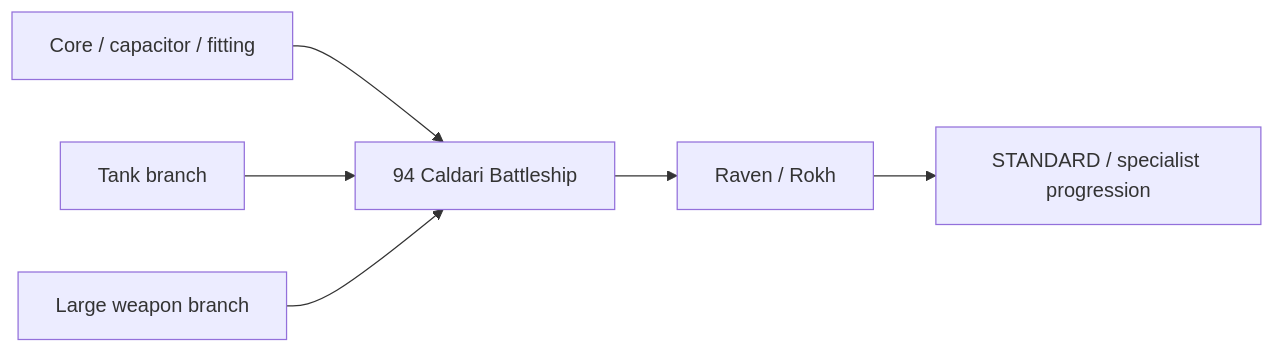
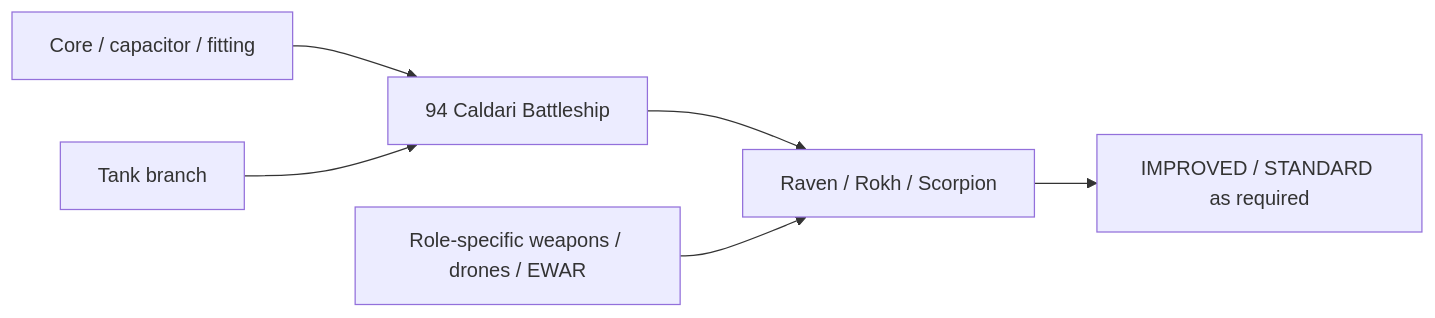
Before and after one commit to Blizbor/EvE-Modular-Skillplans: the diagram in training-paths/battleships/caldari/DIAGRAM-EN.md, drawn with Mermaid. The commit also changed 32 other files, not shown here.

````diff
--- a/training-paths/battleships/caldari/DIAGRAM-EN.md
+++ b/training-paths/battleships/caldari/DIAGRAM-EN.md
@@ -5,8 +5,8 @@
 ```mermaid
 flowchart LR
     CORE[Core / capacitor / fitting] --> B[94 Caldari Battleship]
     T[Tank branch] --> B
-    W[Large weapon branch] --> B
-    B --> H[Raven / Rokh]
-    H --> SPEC[STANDARD / specialist progression]
+    B --> H[Raven / Rokh / Scorpion]
+    ROLE[Role-specific weapons / drones / EWAR] --> H
+    H --> SPEC[IMPROVED / STANDARD as required]
 ```
````
